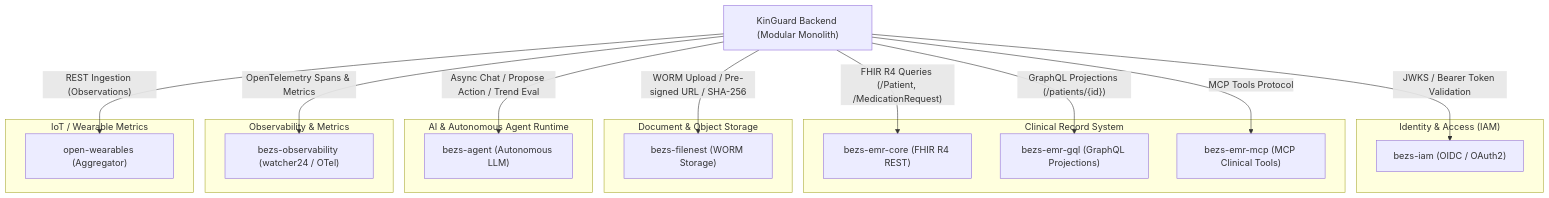
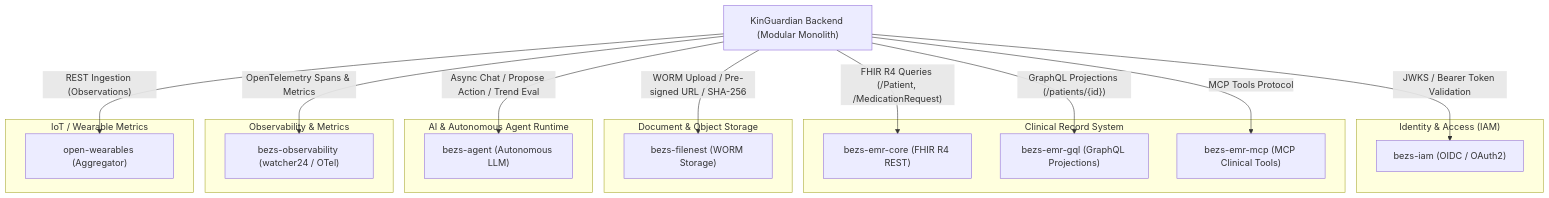
One commit to OpenHealthAgents/kinguardian-platform changed the diagram in INTEGRATION_MAP.md. Above: the diagram before and after it, drawn with Mermaid. The commit also changed other lines of this file and 188 other files, not shown here.

Commit message:
feat(branding): finalize KinGuardian rename across all architecture docs, tests, and configs

````diff
--- a/INTEGRATION_MAP.md
+++ b/INTEGRATION_MAP.md
@@ -10,39 +10,39 @@
 ```mermaid
 flowchart TD
-    KB["KinGuard Backend (Modular Monolith)"]
+    KB["KinGuardian Backend (Modular Monolith)"]
     
     subgraph Identity ["Identity & Access (IAM)"]
         IAM["bezs-iam (OIDC / OAuth2)"]
     end
 
     subgraph Clinical ["Clinical Record System"]
         EMR_CORE["bezs-emr-core (FHIR R4 REST)"]
         EMR_GQL["bezs-emr-gql (GraphQL Projections)"]
         EMR_MCP["bezs-emr-mcp (MCP Clinical Tools)"]
     end
 
     subgraph Storage ["Document & Object Storage"]
         FILENEST["bezs-filenest (WORM Storage)"]
     end
 
     subgraph AI ["AI & Autonomous Agent Runtime"]
         AGENT["bezs-agent (Autonomous LLM)"]
     end
 
     subgraph Telemetry ["Observability & Metrics"]
         OBS["bezs-observability (watcher24 / OTel)"]
     end
 
     subgraph Wearables ["IoT / Wearable Metrics"]
         WEAR["open-wearables (Aggregator)"]
     end
 
     KB -->|"JWKS / Bearer Token Validation"| IAM
     KB -->|"FHIR R4 Queries (/Patient, /MedicationRequest)"| EMR_CORE
     KB -->|"GraphQL Projections (/patients/{id})"| EMR_GQL
     KB -->|"MCP Tools Protocol"| EMR_MCP
     KB -->|"WORM Upload / Pre-signed URL / SHA-256"| FILENEST
     KB -->|"Async Chat / Propose Action / Trend Eval"| AGENT
     KB -->|"OpenTelemetry Spans & Metrics"| OBS
     KB -->|"REST Ingestion (Observations)"| WEAR
 ```
````
